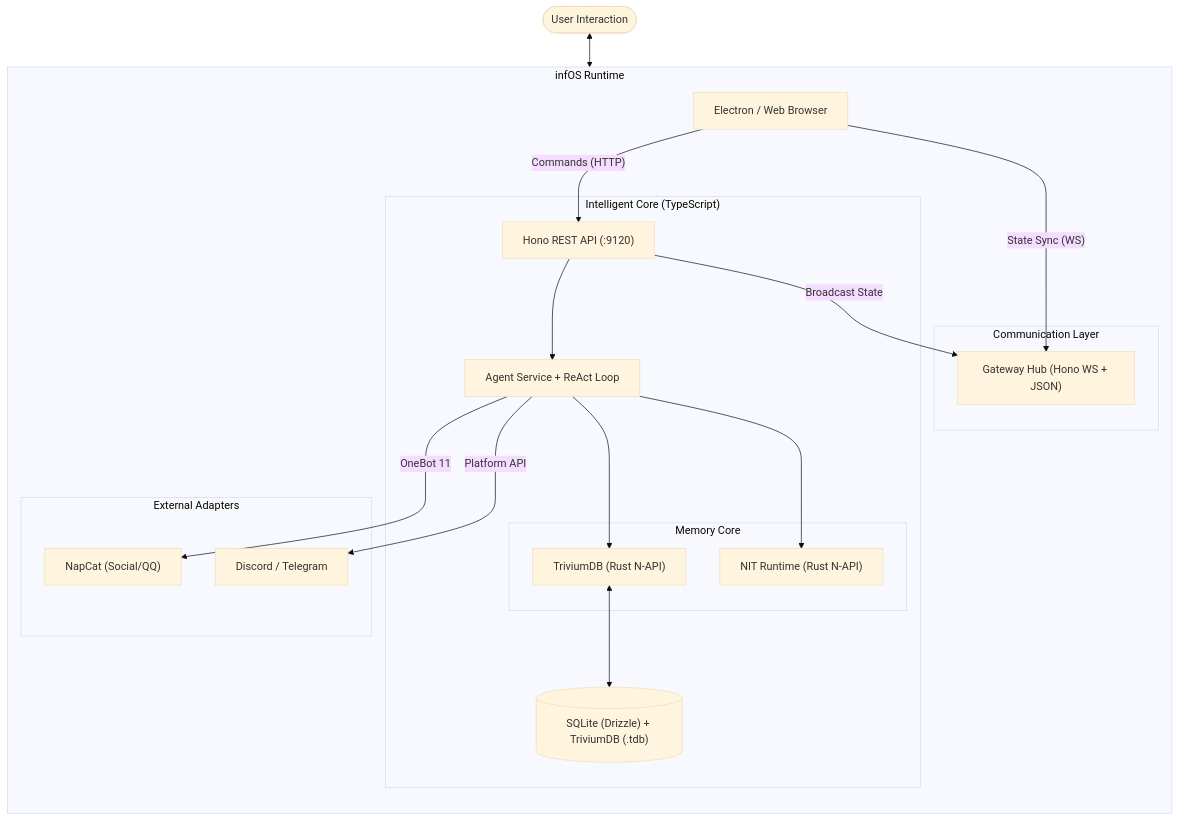
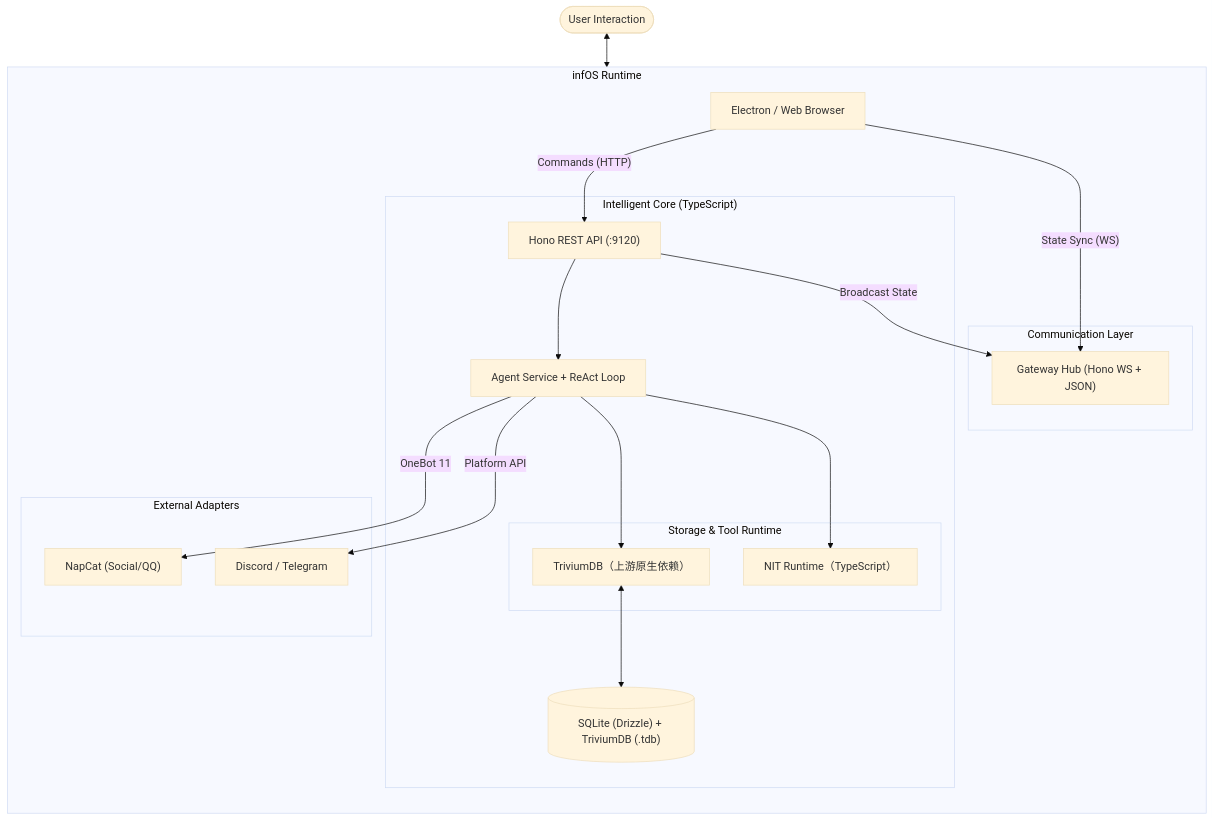
The diagram in data/readmes/YoKONCy__infOS.md (zqf20096327/ai_collect), drawn with Mermaid (base theme) before and after one commit. The commit also changed other lines of this file and 2024 other files, not shown here.

````diff
--- a/data/readmes/YoKONCy__infOS.md
+++ b/data/readmes/YoKONCy__infOS.md
@@ -207,41 +206,41 @@
 ```mermaid
 flowchart TD
     User([User Interaction]) <--> Client["Electron / Web Browser"]
 
     subgraph "infOS Runtime"
         direction TB
 
         subgraph "Communication Layer"
             Gateway["Gateway Hub (Hono WS + JSON)"]
         end
 
         subgraph "Intelligent Core (TypeScript)"
             API["Hono REST API (:9120)"]
             Agent["Agent Service + ReAct Loop"]
 
-            subgraph "Memory Core"
-                TDB["TriviumDB (Rust N-API)"]
-                NIT["NIT Runtime (Rust N-API)"]
+            subgraph "Storage & Tool Runtime"
+                TDB["TriviumDB（上游原生依赖）"]
+                NIT["NIT Runtime（TypeScript）"]
             end
 
             API --> Agent
             Agent --> TDB
             Agent --> NIT
 
             TDB <--> DB[("SQLite (Drizzle) + TriviumDB (.tdb)")]
         end
 
         subgraph "External Adapters"
             NapCat["NapCat (Social/QQ)"]
             Discord["Discord / Telegram"]
         end
 
         Client -- "State Sync (WS)" --> Gateway
         Client -- "Commands (HTTP)" --> API
 
         API -- "Broadcast State" --> Gateway
 
         Agent -- "OneBot 11" --> NapCat
         Agent -- "Platform API" --> Discord
     end
 ```
````
